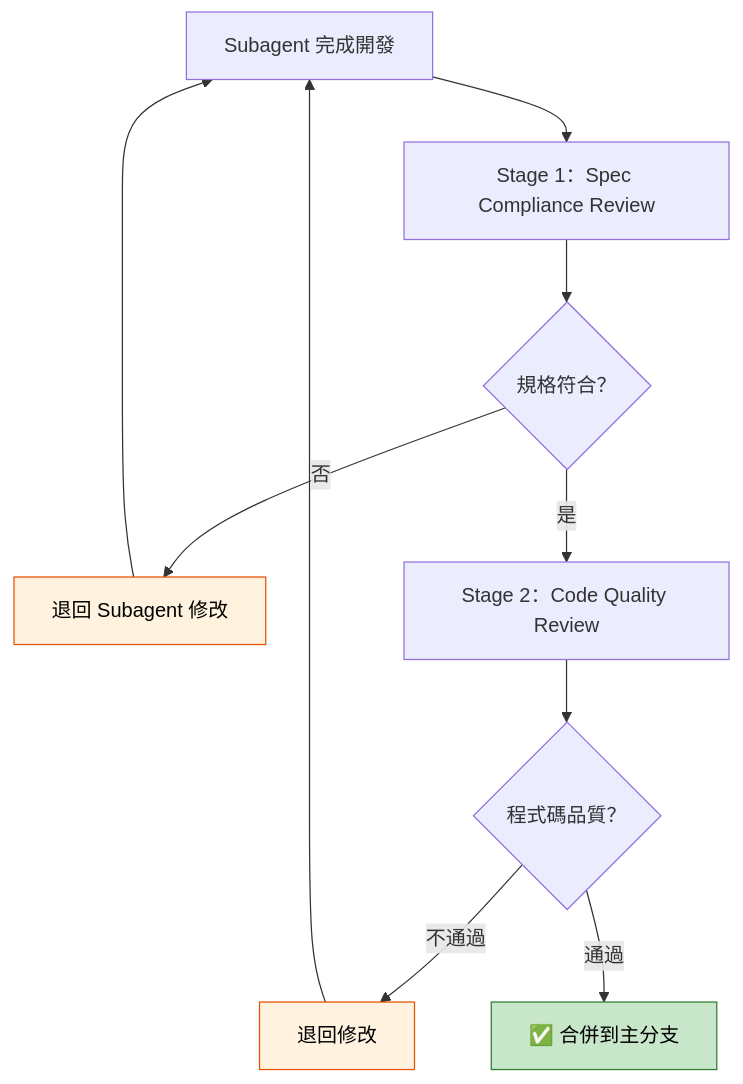
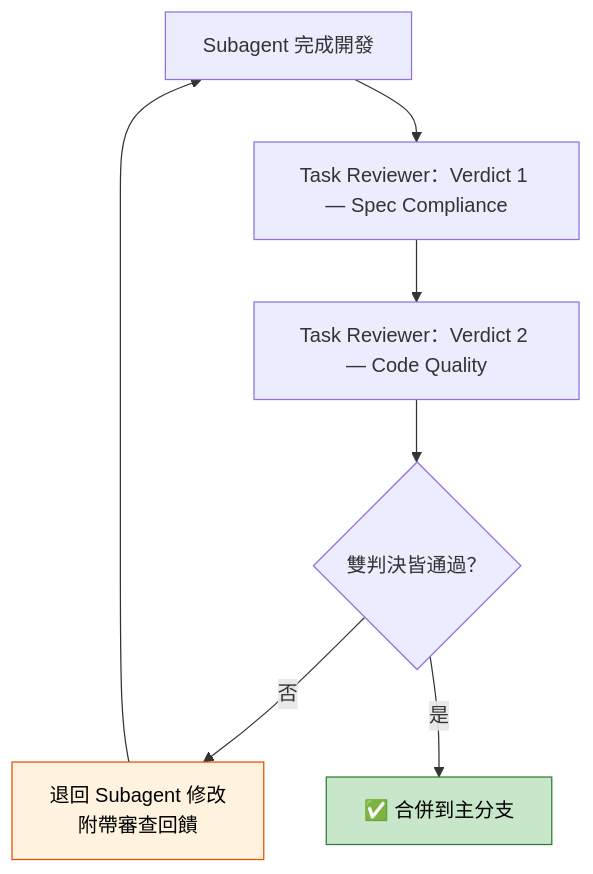
One commit to chihhung/Blog changed diagram 33 of 43 in content/posts/教學/AI開發/Superpowers教學手冊.md. Above: the diagram before and after it, drawn with Mermaid. The commit also changed other lines of this file and 22 other files, not shown here.

````diff
--- a/content/posts/教學/AI開發/Superpowers教學手冊.md
+++ b/content/posts/教學/AI開發/Superpowers教學手冊.md
@@ -3999,16 +4136,12 @@
 ```mermaid
 graph TD
-    A[Subagent 完成開發] --> B[Stage 1：Spec Compliance Review]
-    B --> C{規格符合？}
-    C -->|否| D[退回 Subagent 修改]
-    C -->|是| E[Stage 2：Code Quality Review]
-    E --> F{程式碼品質？}
-    F -->|不通過| G[退回修改]
-    F -->|通過| H[✅ 合併到主分支]
-    D --> A
-    G --> A
+    A[Subagent 完成開發] --> B[Task Reviewer：Verdict 1 — Spec Compliance]
+    B --> C[Task Reviewer：Verdict 2 — Code Quality]
+    C --> D{雙判決皆通過？}
+    D -->|否| E[退回 Subagent 修改<br/>附帶審查回饋]
+    D -->|是| F[✅ 合併到主分支]
+    E --> A
     
-    style D fill:#fff3e0,stroke:#e65100,color:#000
-    style G fill:#fff3e0,stroke:#e65100,color:#000
-    style H fill:#c8e6c9,stroke:#2e7d32,color:#000
+    style E fill:#fff3e0,stroke:#e65100,color:#000
+    style F fill:#c8e6c9,stroke:#2e7d32,color:#000
 ```
````
